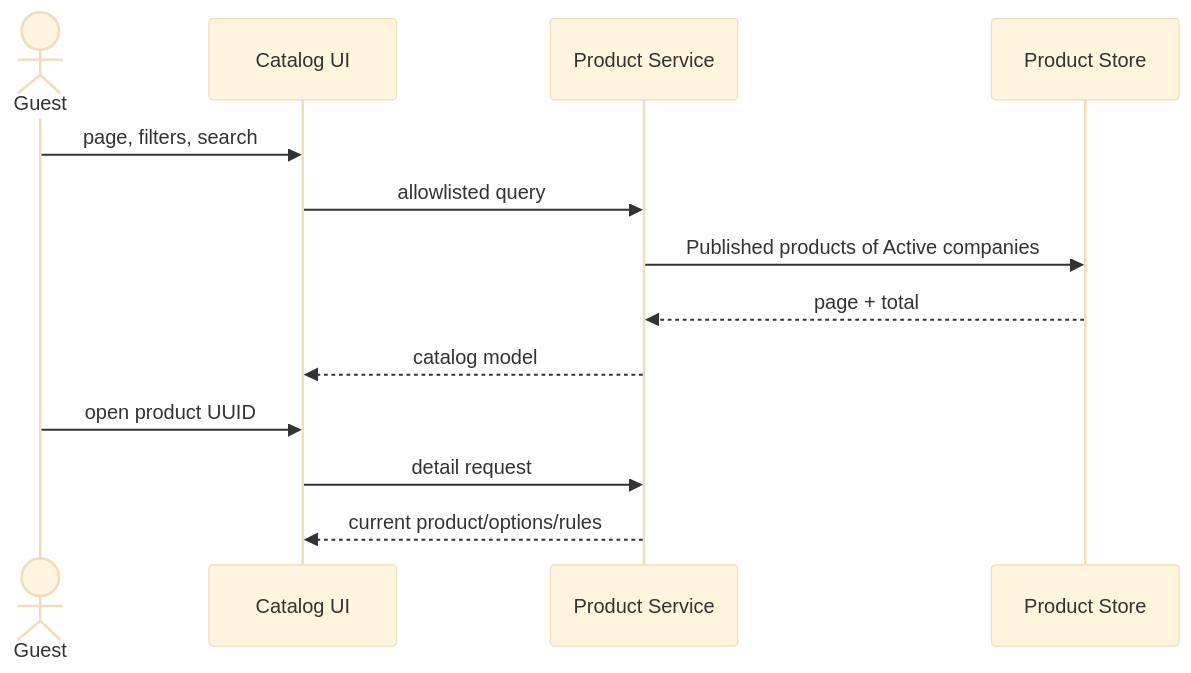
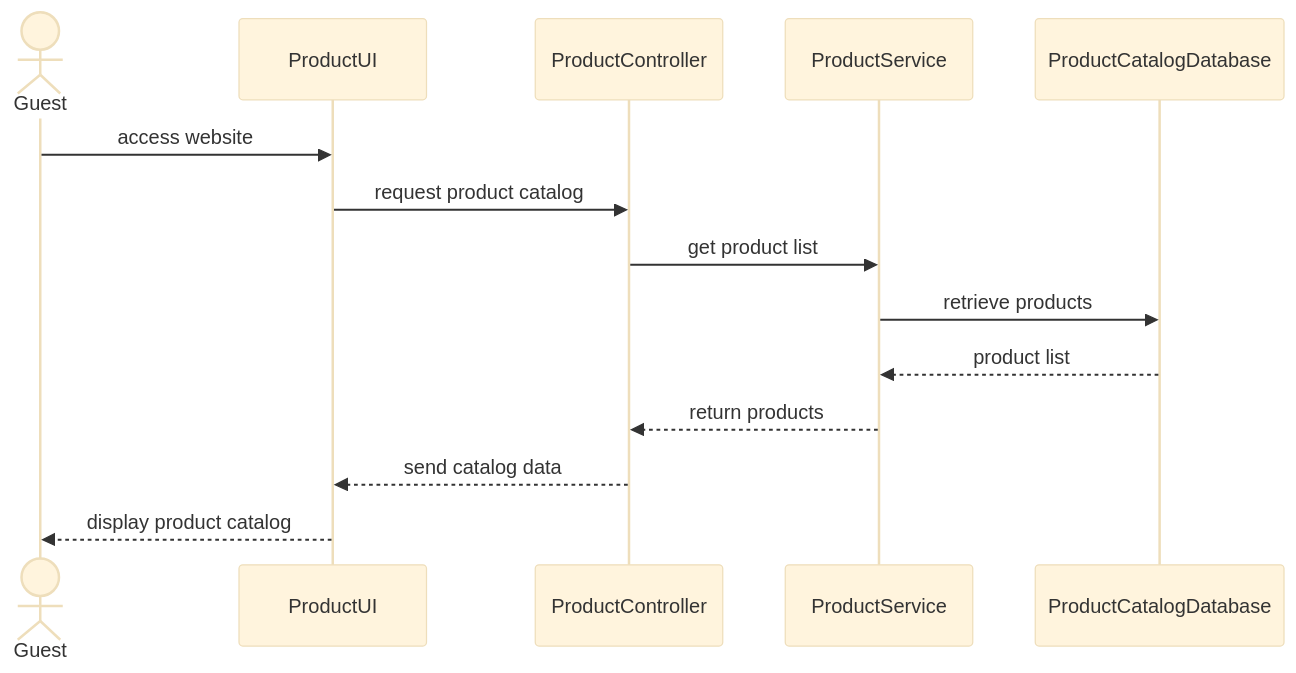
Before and after one commit to ankhanhwork/weavelink-project: the second of 3 diagrams in specs/spec-MFG-04.md, drawn with Mermaid (base theme). The commit also changed other lines of this file and 12 other files, not shown here.

````diff
--- a/specs/spec-MFG-04.md
+++ b/specs/spec-MFG-04.md
@@ -88,15 +90,17 @@
 ```mermaid
 sequenceDiagram
-  actor Guest
-  participant UI as Catalog UI
-  participant Service as Product Service
-  participant DB as Product Store
-  Guest->>UI: page, filters, search
-  UI->>Service: allowlisted query
-  Service->>DB: Published products of Active companies
-  DB-->>Service: page + total
-  Service-->>UI: catalog model
-  Guest->>UI: open product UUID
-  UI->>Service: detail request
-  Service-->>UI: current product/options/rules
+    actor Guest
+    participant ProductUI
+    participant ProductController
+    participant ProductService
+    participant ProductCatalogDatabase
+
+    Guest->>ProductUI: access website
+    ProductUI->>ProductController: request product catalog
+    ProductController->>ProductService: get product list
+    ProductService->>ProductCatalogDatabase: retrieve products
+    ProductCatalogDatabase-->>ProductService: product list
+    ProductService-->>ProductController: return products
+    ProductController-->>ProductUI: send catalog data
+    ProductUI-->>Guest: display product catalog
 ```
````
